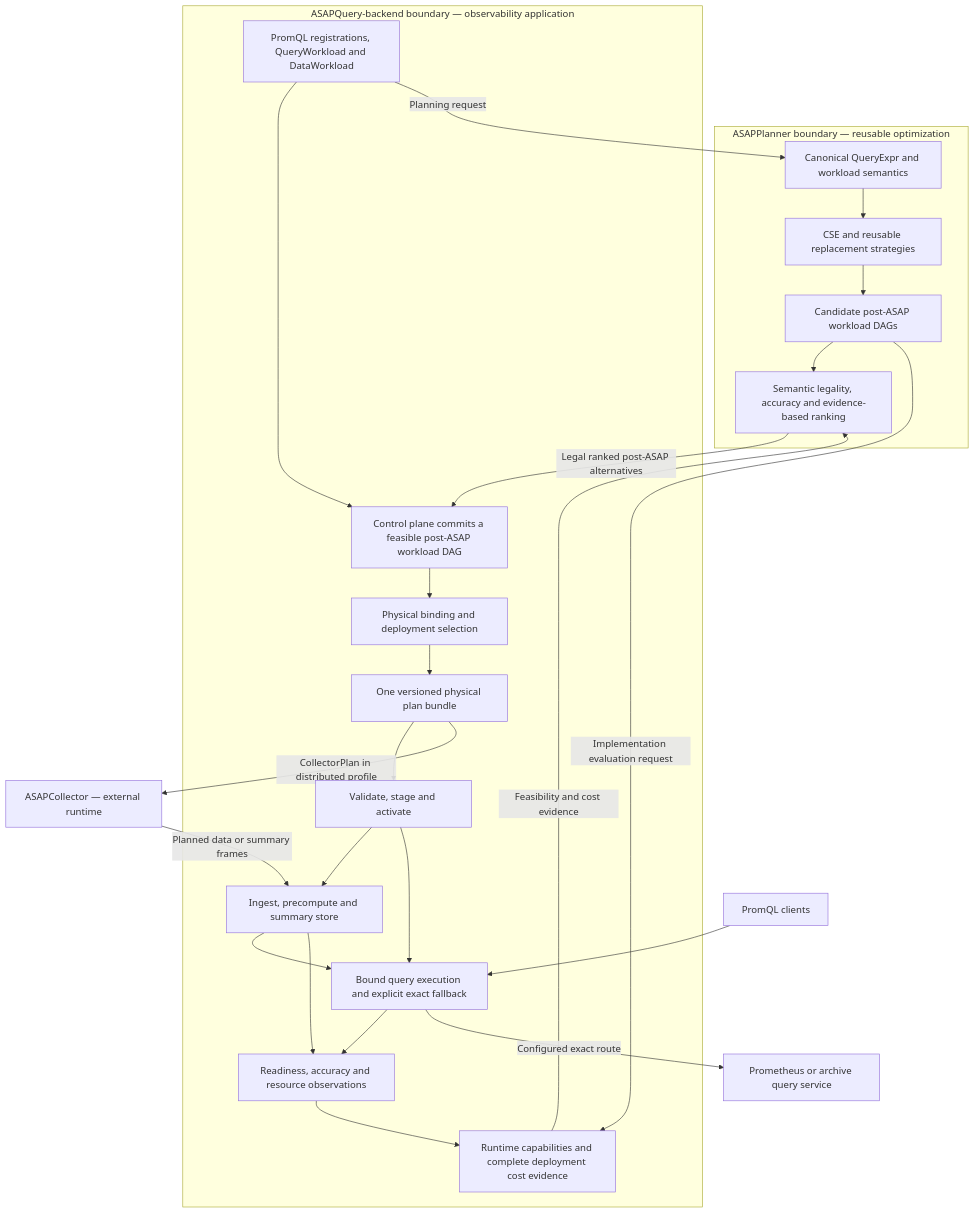
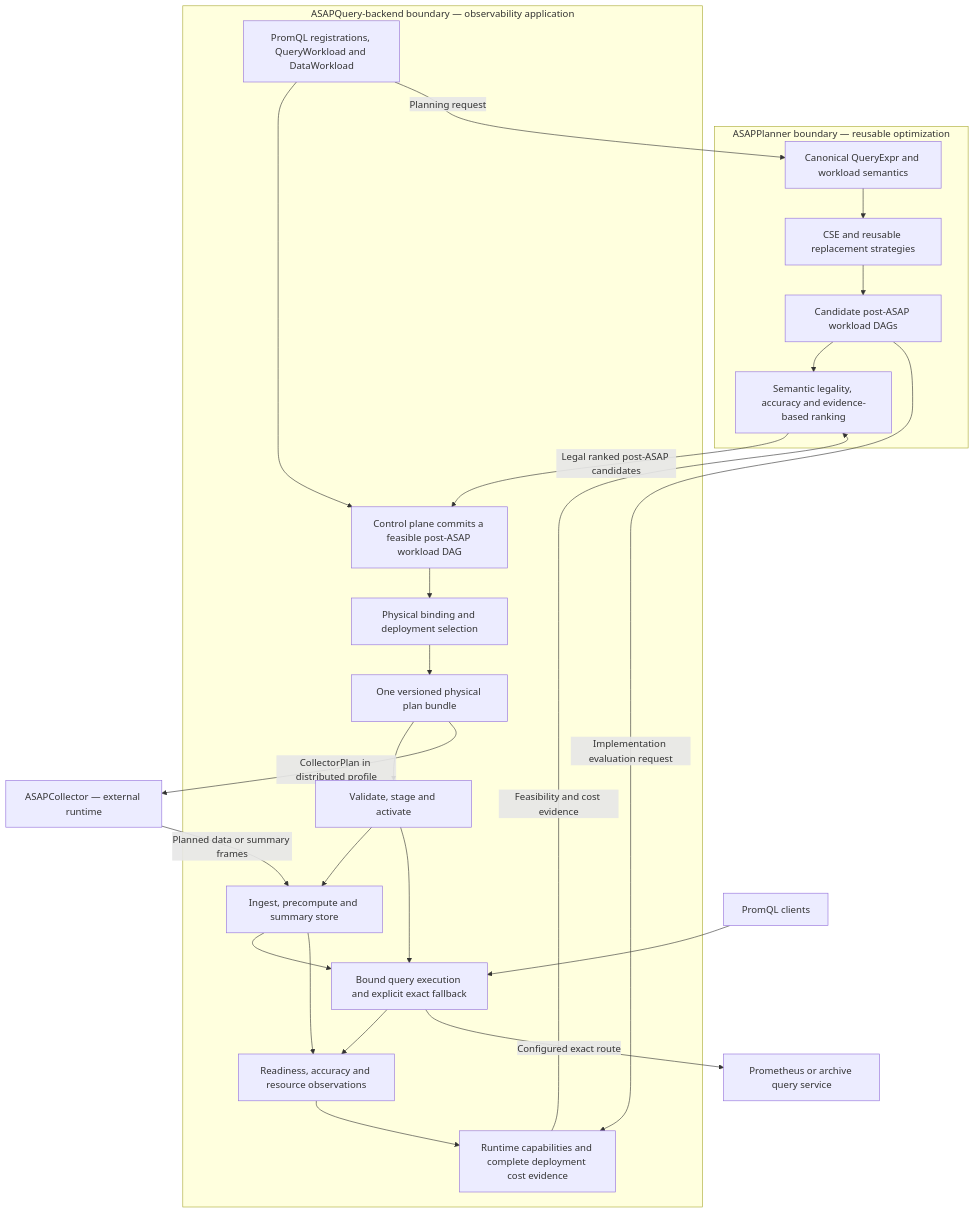
Before and after one commit to ProjectASAP/ASAPQuery-backend: the diagram in docs/design_docs/asapplanner-integration.md, drawn with Mermaid. The commit also changed other lines of this file and 1 other file, not shown here.

````diff
--- a/docs/design_docs/asapplanner-integration.md
+++ b/docs/design_docs/asapplanner-integration.md
@@ -16,38 +16,38 @@
 ```mermaid
 flowchart TD
     subgraph PlannerBoundary["ASAPPlanner boundary — reusable optimization"]
         Canonical[Canonical QueryExpr and workload semantics]
         Canonical --> Strategies[CSE and reusable replacement strategies]
         Strategies --> Candidates[Candidate post-ASAP workload DAGs]
         Candidates --> Ranking[Semantic legality, accuracy and evidence-based ranking]
     end
 
     subgraph BackendBoundary["ASAPQuery-backend boundary — observability application"]
         Inputs[PromQL registrations, QueryWorkload and DataWorkload]
         Evidence[Runtime capabilities and complete deployment cost evidence]
         Commit[Control plane commits a feasible post-ASAP workload DAG]
         Compile[Physical binding and deployment selection]
         Bundle[One versioned physical plan bundle]
         Activate[Validate, stage and activate]
         Precompute[Ingest, precompute and summary store]
         Serve[Bound query execution and explicit exact fallback]
         Feedback[Readiness, accuracy and resource observations]
         Inputs --> Commit
         Commit --> Compile --> Bundle --> Activate
         Activate --> Precompute
         Activate --> Serve
         Precompute --> Serve
         Precompute --> Feedback
         Serve --> Feedback
         Feedback --> Evidence
     end
 
     Inputs -->|Planning request| Canonical
     Candidates -->|Implementation evaluation request| Evidence
     Evidence -->|Feasibility and cost evidence| Ranking
-    Ranking -->|Legal ranked post-ASAP alternatives| Commit
+    Ranking -->|Legal ranked post-ASAP candidates| Commit
     Bundle -->|CollectorPlan in distributed profile| Collector[ASAPCollector — external runtime]
     Collector -->|Planned data or summary frames| Precompute
     Clients[PromQL clients] --> Serve
     Serve -->|Configured exact route| Exact[Prometheus or archive query service]
 ```
````
